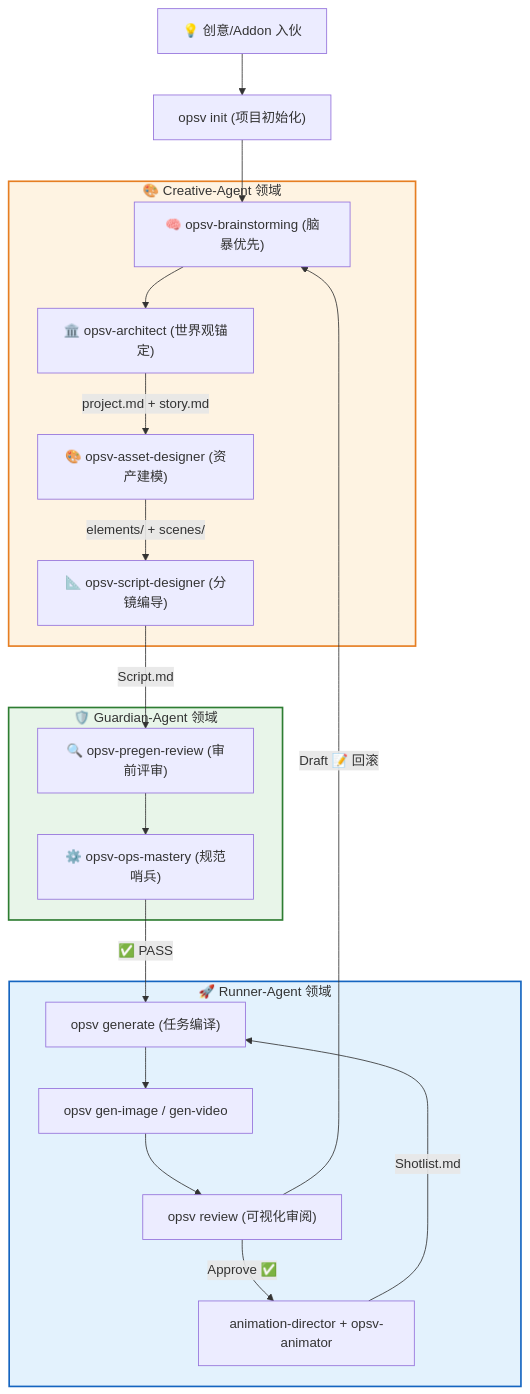
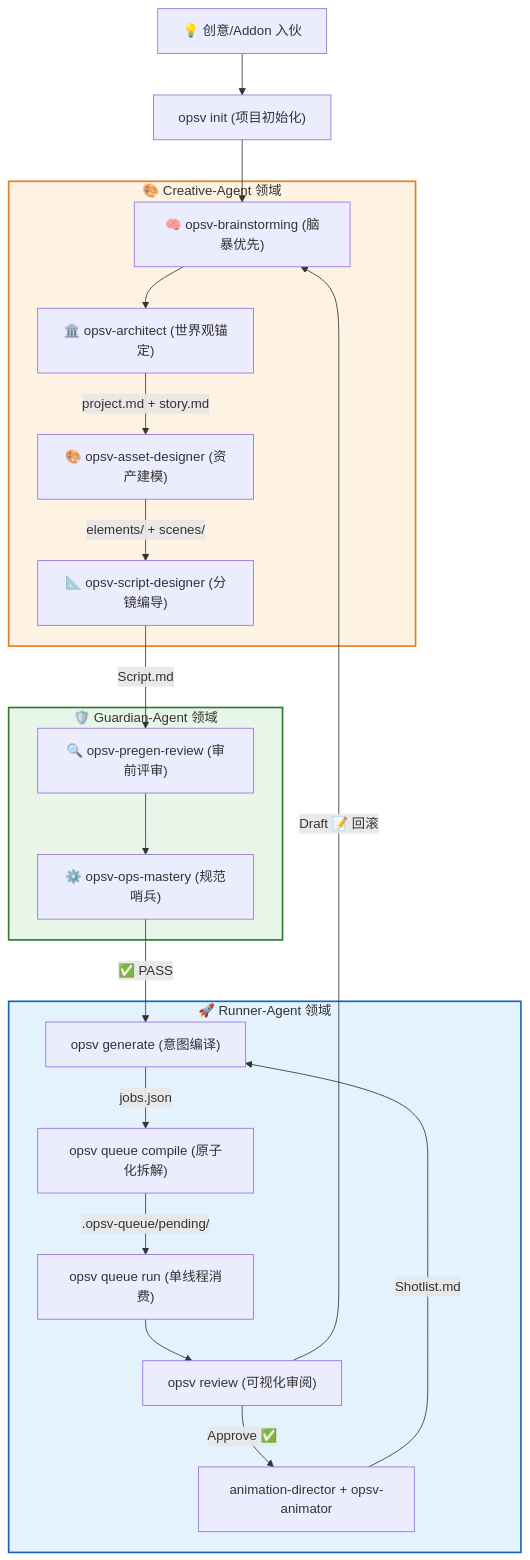
The diagram in docs/cn/02-WORKFLOW.md (mr7thing/openspec-video), drawn with Mermaid before and after one commit. The commit also changed other lines of this file and 17 other files, not shown here.

Commit message:
feat: upgrade to v0.6.0 with Spooler Queue architecture and comprehensive documentation suite

````diff
--- a/docs/cn/02-WORKFLOW.md
+++ b/docs/cn/02-WORKFLOW.md
@@ -9,44 +9,46 @@
 ```mermaid
 flowchart TD
     START["💡 创意/Addon 入伙"] --> INIT["opsv init (项目初始化)"]
     
     subgraph Creative["🎨 Creative-Agent 领域"]
         BRAIN["🧠 opsv-brainstorming (脑暴优先)"]
         ARCH["🏛️ opsv-architect (世界观锚定)"]
         ASSET["🎨 opsv-asset-designer (资产建模)"]
         SCRIPT["📐 opsv-script-designer (分镜编导)"]
         
         BRAIN --> ARCH
         ARCH -->|"project.md + story.md"| ASSET
         ASSET -->|"elements/ + scenes/"| SCRIPT
     end
 
     INIT --> BRAIN
     
     subgraph Guardian["🛡️ Guardian-Agent 领域"]
         PREGEN["🔍 opsv-pregen-review (审前评审)"]
         OPS["⚙️ opsv-ops-mastery (规范哨兵)"]
         
         PREGEN --> OPS
     end
 
     SCRIPT -->|"Script.md"| PREGEN
     
     subgraph Runner["🚀 Runner-Agent 领域"]
-        GEN["opsv generate (任务编译)"]
-        RENDER["opsv gen-image / gen-video"]
+        GEN["opsv generate (意图编译)"]
+        COMPILE["opsv queue compile (原子化拆解)"]
+        RUN["opsv queue run (单线程消费)"]
         REVIEW["opsv review (可视化审阅)"]
         ANIM["animation-director + opsv-animator"]
     end
 
     OPS -->|"✅ PASS"| GEN
-    GEN --> RENDER
-    RENDER --> REVIEW
+    GEN -->|"jobs.json"| COMPILE
+    COMPILE -->|".opsv-queue/pending/"| RUN
+    RUN --> REVIEW
     REVIEW -->|"Approve ✅"| ANIM
     ANIM -->|"Shotlist.md"| GEN
     REVIEW -->|"Draft 📝 回滚"| BRAIN
 
     style Creative fill:#fef3e2,stroke:#e67e22,stroke-width:2px
     style Guardian fill:#e8f5e9,stroke:#2e7d32,stroke-width:2px
     style Runner fill:#e3f2fd,stroke:#1565c0,stroke-width:2px
 ```
````
